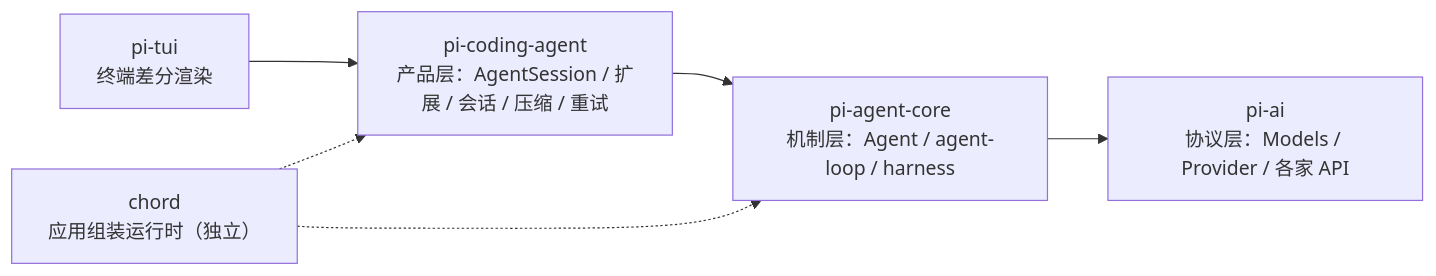
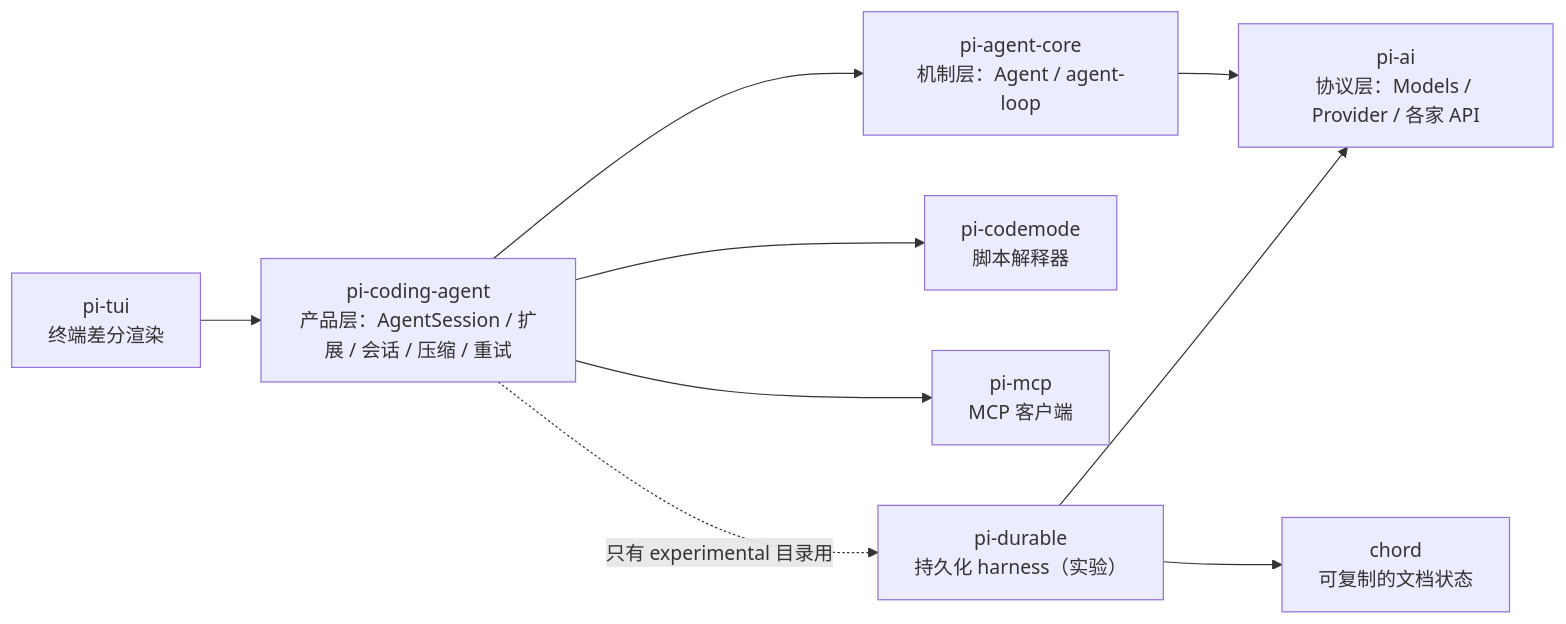
The first of 18 diagrams in src/content/post/agents-pi-mono/index.md (nickqiaoo/nickqiaoo.github.io), drawn with Mermaid before and after one commit. The commit also changed other lines of this file and 1 other file, not shown here.

````diff
--- a/src/content/post/agents-pi-mono/index.md
+++ b/src/content/post/agents-pi-mono/index.md
@@ -12,9 +12,12 @@
 ```mermaid
 graph LR
   TUI["pi-tui<br/>终端差分渲染"] --> CA
   CA["pi-coding-agent<br/>产品层：AgentSession / 扩展 / 会话 / 压缩 / 重试"] --> AG
-  AG["pi-agent-core<br/>机制层：Agent / agent-loop / harness"] --> AI
+  CA --> CM["pi-codemode<br/>脚本解释器"]
+  CA --> MCP["pi-mcp<br/>MCP 客户端"]
+  AG["pi-agent-core<br/>机制层：Agent / agent-loop"] --> AI
   AI["pi-ai<br/>协议层：Models / Provider / 各家 API"]
-  CHORD["chord<br/>应用组装运行时（独立）"] -.-> CA
-  CHORD -.-> AG
+  DU["pi-durable<br/>持久化 harness（实验）"] --> AI
+  DU --> CHORD["chord<br/>可复制的文档状态"]
+  CA -. 只有 experimental 目录用 .-> DU
 ```
````
